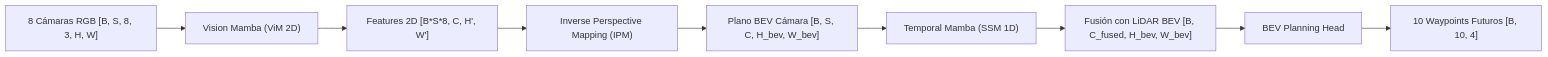
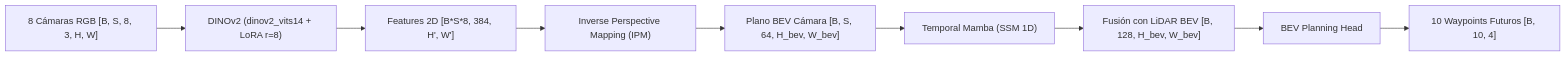
Before and after one commit to DiegoXAI-Shape/self-driving: the diagram in README.md, drawn with Mermaid. The commit also changed other lines of this file and 2 other files, not shown here.

````diff
--- a/README.md
+++ b/README.md
@@ -23,11 +24,11 @@
 ```mermaid
 graph LR
-    A["8 Cámaras RGB [B, S, 8, 3, H, W]"] --> B["Vision Mamba (ViM 2D)"]
-    B --> C["Features 2D [B*S*8, C, H', W']"]
+    A["8 Cámaras RGB [B, S, 8, 3, H, W]"] --> B["DINOv2 (dinov2_vits14 + LoRA r=8)"]
+    B --> C["Features 2D [B*S*8, 384, H', W']"]
     C --> D["Inverse Perspective Mapping (IPM)"]
-    D --> E["Plano BEV Cámara [B, S, C, H_bev, W_bev]"]
+    D --> E["Plano BEV Cámara [B, S, 64, H_bev, W_bev]"]
     E --> F["Temporal Mamba (SSM 1D)"]
-    F --> G["Fusión con LiDAR BEV [B, C_fused, H_bev, W_bev]"]
+    F --> G["Fusión con LiDAR BEV [B, 128, H_bev, W_bev]"]
     G --> H["BEV Planning Head"]
     H --> I["10 Waypoints Futuros [B, 10, 4]"]
 ```
````
